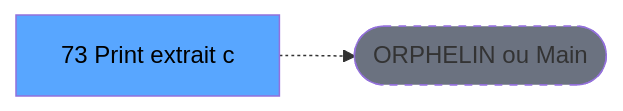
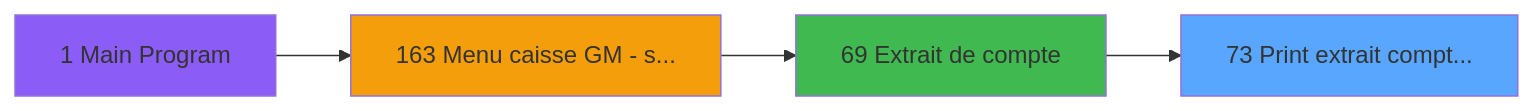
The third of 4 diagrams in .openspec/specs/ADH-IDE-73.md (thonyAGP/magic-migration), drawn with Mermaid before and after one commit. The commit also changed other lines of this file and 253 other files, not shown here.

````diff
--- a/.openspec/specs/ADH-IDE-73.md
+++ b/.openspec/specs/ADH-IDE-73.md
@@ -122,8 +923,14 @@
 ```mermaid
 graph LR
-    T[73 Print extrait c]
-    ORPHAN([ORPHELIN ou Main])
-    T -.-> ORPHAN
-    style T fill:#58a6ff,color:#000
-    style ORPHAN fill:#6b7280,stroke-dasharray: 5 5
+    T73[73 Print extrait compt...]
+    style T73 fill:#58a6ff
+    CC1[1 Main Program]
+    style CC1 fill:#8b5cf6
+    CC163[163 Menu caisse GM - s...]
+    style CC163 fill:#f59e0b
+    CC69[69 Extrait de compte]
+    style CC69 fill:#3fb950
+    CC163 --> CC69
+    CC1 --> CC163
+    CC69 --> T73
 ```
````
